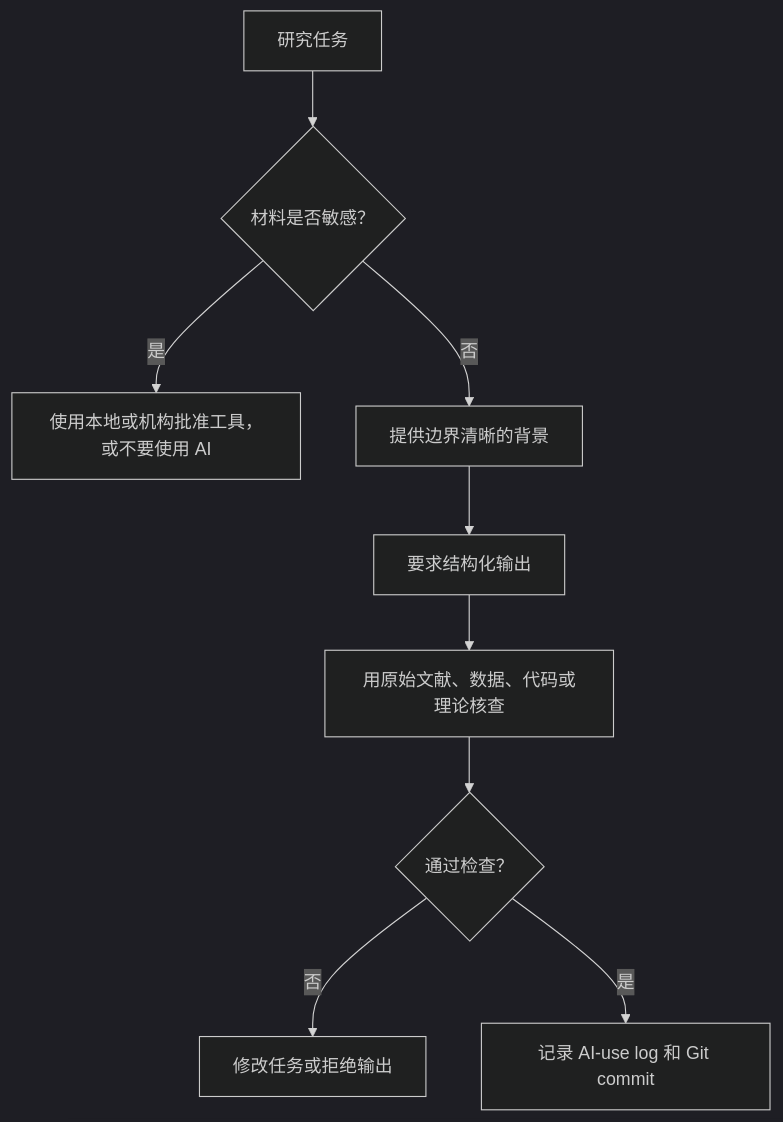
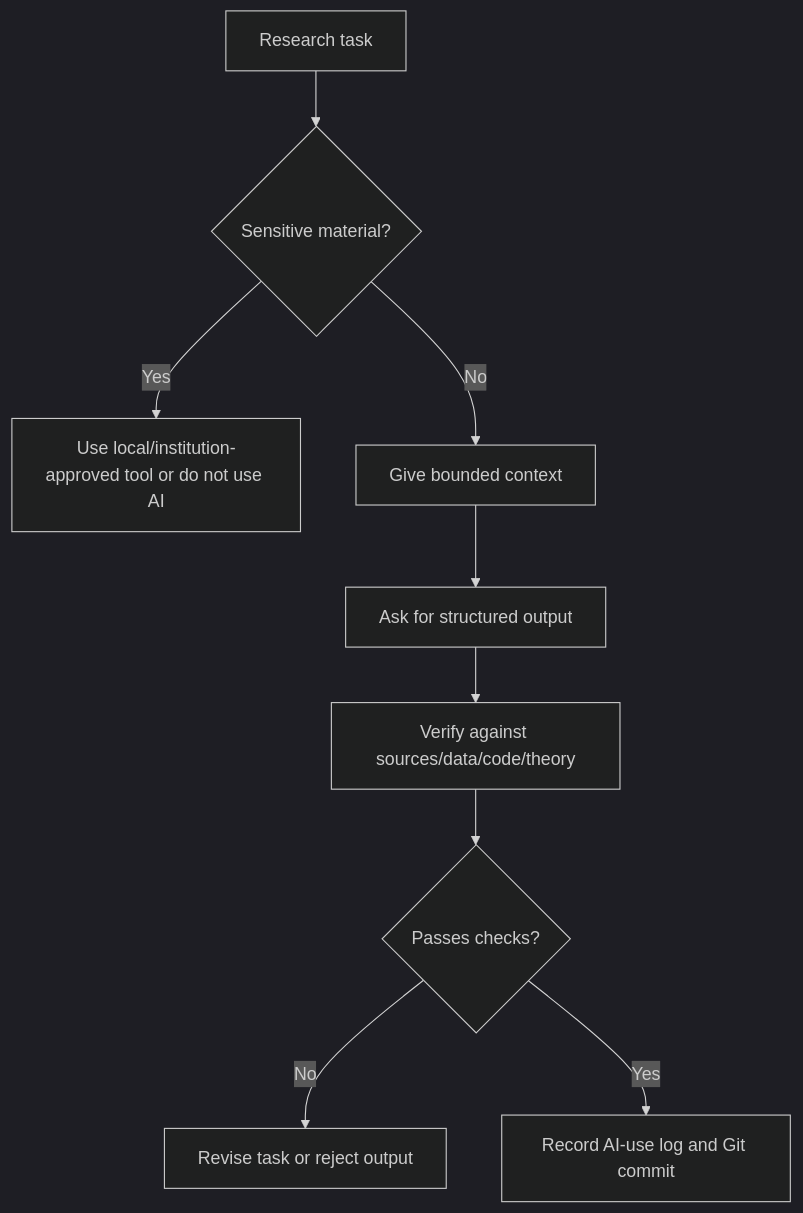
Before and after one commit to SuperJayLiu/AI-for-Economics-and-Finance-Research: the second of 3 diagrams in ZH-中文-AI经济金融研究手册/中文内容/04-案例图示与失败案例.md, drawn with Mermaid (dark theme). The commit also changed other lines of this file and 6 other files, not shown here.

````diff
--- a/ZH-中文-AI经济金融研究手册/中文内容/04-案例图示与失败案例.md
+++ b/ZH-中文-AI经济金融研究手册/中文内容/04-案例图示与失败案例.md
@@ -7,11 +71,11 @@
 ```mermaid
 flowchart TD
-  A["研究任务"] --> B{"材料是否敏感？"}
-  B -- "是" --> C["使用本地或机构批准工具，或不要使用 AI"]
-  B -- "否" --> D["提供边界清晰的背景"]
-  D --> E["要求结构化输出"]
-  E --> F["用原始文献、数据、代码或理论核查"]
-  F --> G{"通过检查？"}
-  G -- "否" --> H["修改任务或拒绝输出"]
-  G -- "是" --> I["记录 AI-use log 和 Git commit"]
+  A["Research task"] --> B{"Sensitive material?"}
+  B -- "Yes" --> C["Use local/institution-approved tool or do not use AI"]
+  B -- "No" --> D["Give bounded context"]
+  D --> E["Ask for structured output"]
+  E --> F["Verify against sources/data/code/theory"]
+  F --> G{"Passes checks?"}
+  G -- "No" --> H["Revise task or reject output"]
+  G -- "Yes" --> I["Record AI-use log and Git commit"]
 ```
````
